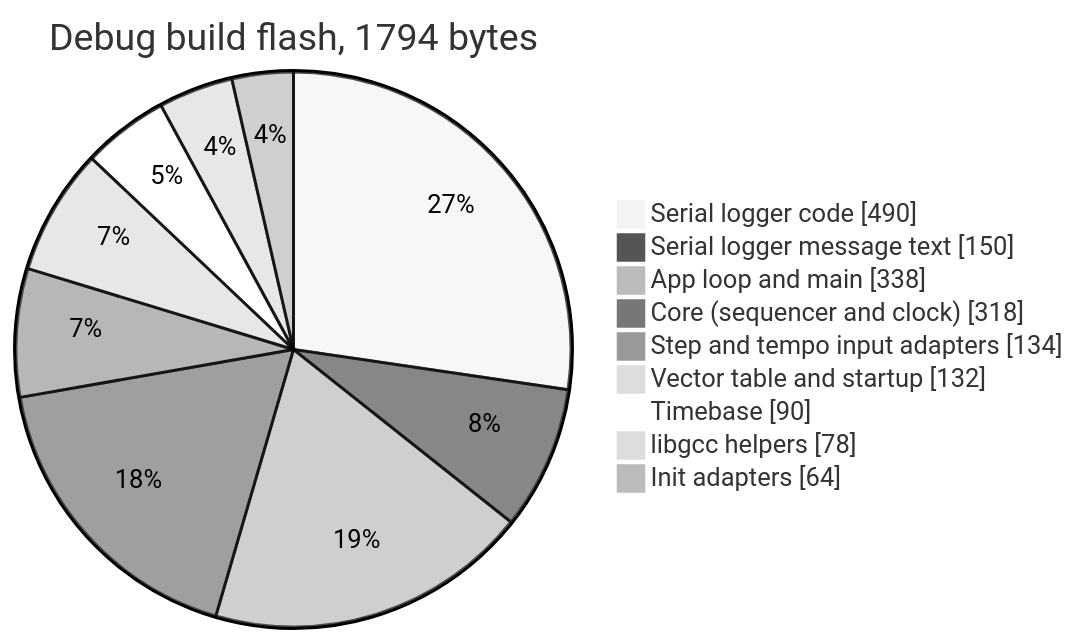
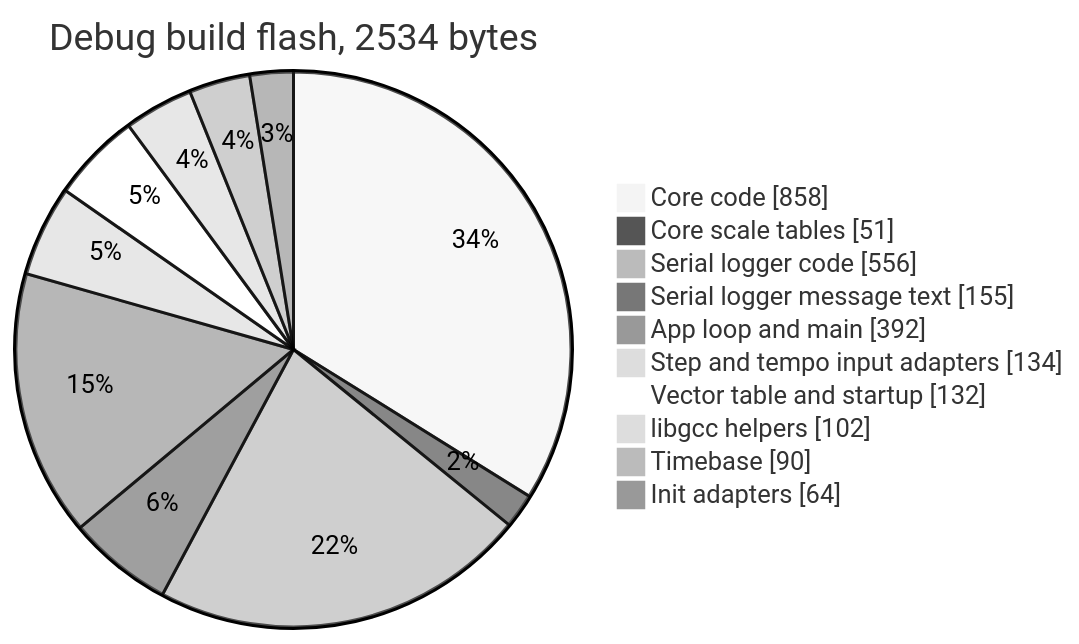
Diagram 18 of 19 in docs/ARCHITECTURE.md (BonelessPig/nano_sequencer), drawn with Mermaid (neutral theme) before and after one commit. The commit also changed other lines of this file and 33 other files, not shown here.

````diff
--- a/docs/ARCHITECTURE.md
+++ b/docs/ARCHITECTURE.md
@@ -559,13 +638,14 @@
 ```mermaid
 pie showData
-    title Debug build flash, 1794 bytes
-    "Serial logger code" : 490
-    "Serial logger message text" : 150
-    "App loop and main" : 338
-    "Core (sequencer and clock)" : 318
+    title Debug build flash, 2534 bytes
+    "Core code" : 858
+    "Core scale tables" : 51
+    "Serial logger code" : 556
+    "Serial logger message text" : 155
+    "App loop and main" : 392
     "Step and tempo input adapters" : 134
     "Vector table and startup" : 132
+    "libgcc helpers" : 102
     "Timebase" : 90
-    "libgcc helpers" : 78
     "Init adapters" : 64
 ```
````
